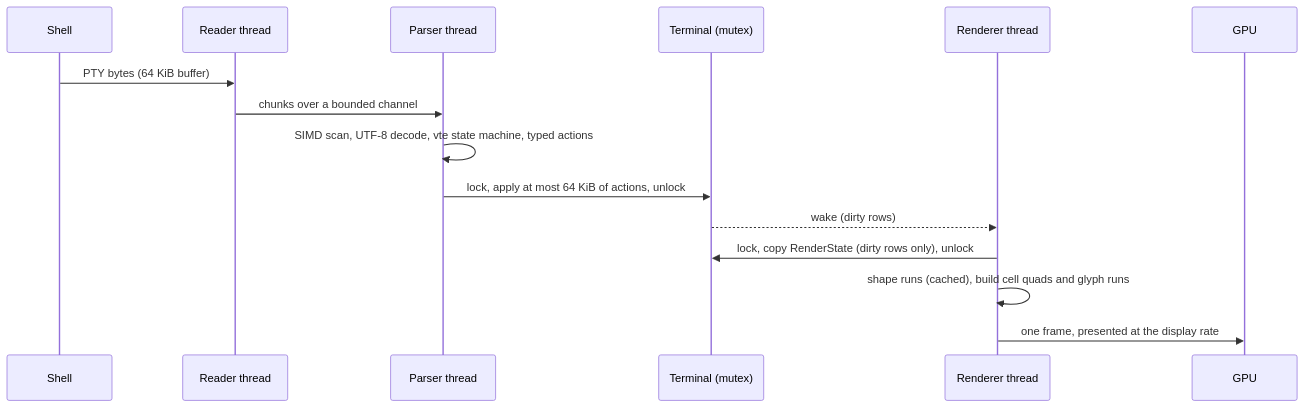
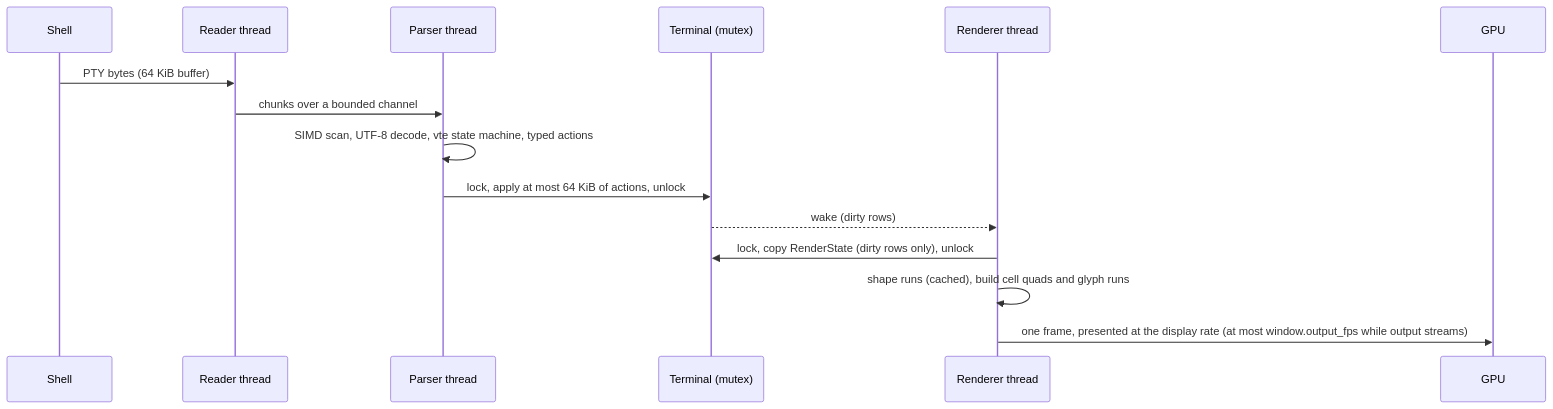
The second of 4 diagrams in docs/TDD.md (Black-Rainbow-Labs/Termoil), drawn with Mermaid before and after one commit. The commit also changed other lines of this file and 30 other files, not shown here.

````diff
--- a/docs/TDD.md
+++ b/docs/TDD.md
@@ -74,17 +74,17 @@
 ```mermaid
 sequenceDiagram
   participant Shell
   participant Reader as Reader thread
   participant Parser as Parser thread
   participant Term as Terminal (mutex)
   participant Render as Renderer thread
   participant GPU
   Shell->>Reader: PTY bytes (64 KiB buffer)
   Reader->>Parser: chunks over a bounded channel
   Parser->>Parser: SIMD scan, UTF-8 decode, vte state machine, typed actions
   Parser->>Term: lock, apply at most 64 KiB of actions, unlock
   Term-->>Render: wake (dirty rows)
   Render->>Term: lock, copy RenderState (dirty rows only), unlock
   Render->>Render: shape runs (cached), build cell quads and glyph runs
-  Render->>GPU: one frame, presented at the display rate
+  Render->>GPU: one frame, presented at the display rate (at most window.output_fps while output streams)
 ```
````
